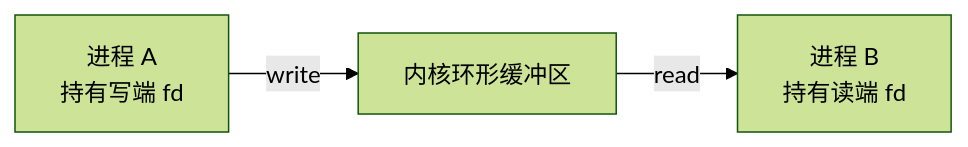
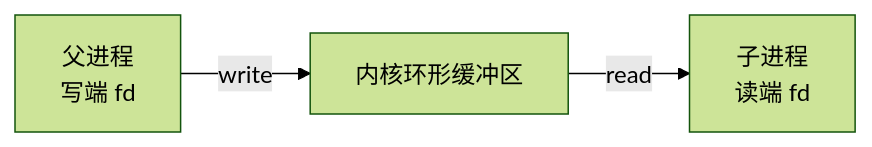
The second of 4 diagrams in os-lab/labs/lab5-fs-and-sync.md (AM-SuSh/EVOLVE), drawn with Mermaid (forest theme) before and after one commit. The commit also changed other lines of this file and 22 other files, not shown here.

````diff
--- a/os-lab/labs/lab5-fs-and-sync.md
+++ b/os-lab/labs/lab5-fs-and-sync.md
@@ -160,5 +240,5 @@
 ```mermaid
 flowchart LR
-    A["进程 A<br/>持有写端 fd"] -->|"write"| B["内核环形缓冲区"]
-    B -->|"read"| C["进程 B<br/>持有读端 fd"]
+    A["父进程<br/>写端 fd"] -->|"write"| B["内核环形缓冲区"]
+    B -->|"read"| C["子进程<br/>读端 fd"]
 ```
````
